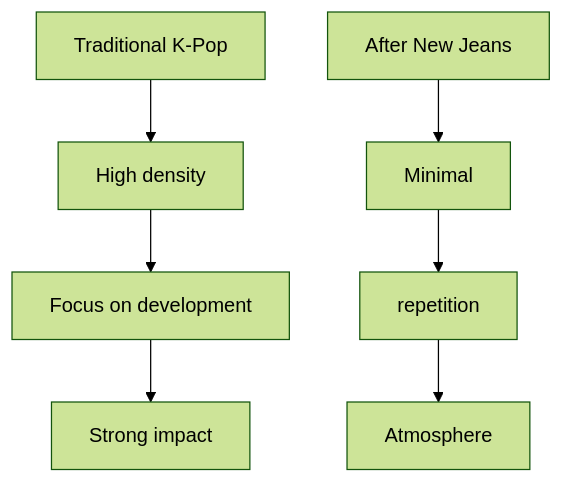
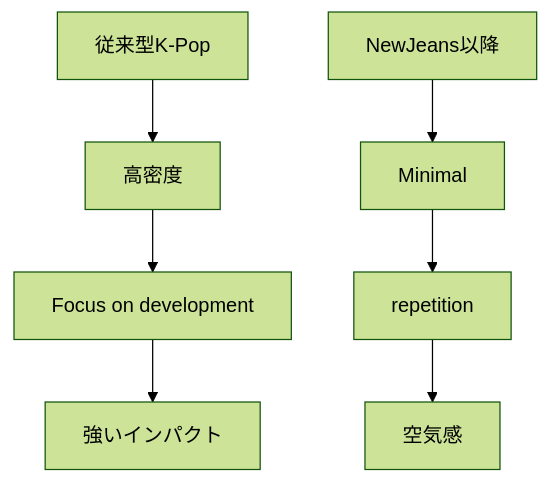
One commit to monumental-movement/monumental-movement.github.io changed the sixth of 17 diagrams in en/_posts/2026-05-24-column-k-pop-indie-electronica.md. Above: the diagram before and after it, drawn with Mermaid (forest theme). The commit also changed other lines of this file and 2196 other files, not shown here.

```diff
--- a/en/_posts/2026-05-24-column-k-pop-indie-electronica.md
+++ b/en/_posts/2026-05-24-column-k-pop-indie-electronica.md
@@ -218,10 +218,10 @@
 <div class="mermaid">
 graph TD
-A["Traditional K-Pop"] --> B["High density"]
+A["従来型K-Pop"] --> B["高密度"]
 B --> C["Focus on development"]
-C --> D["Strong impact"]
+C --> D["強いインパクト"]
 
-E["After New Jeans"] --> F["Minimal"]
+E["NewJeans以降"] --> F["Minimal"]
 F --> G["repetition"]
-G --> H["Atmosphere"]
+G --> H["空気感"]
 </div>
```
